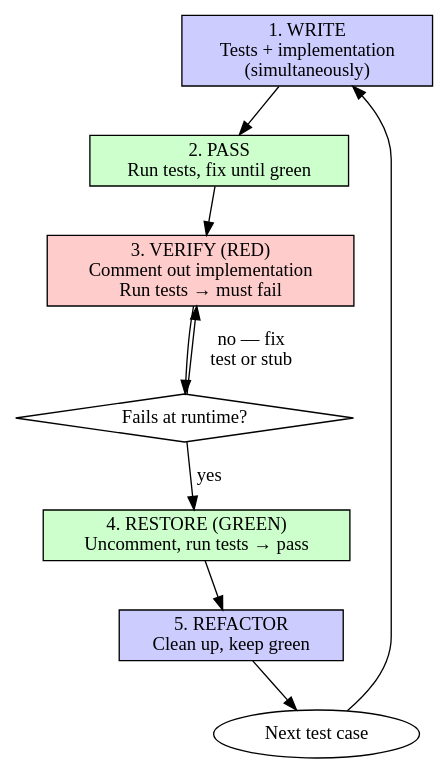
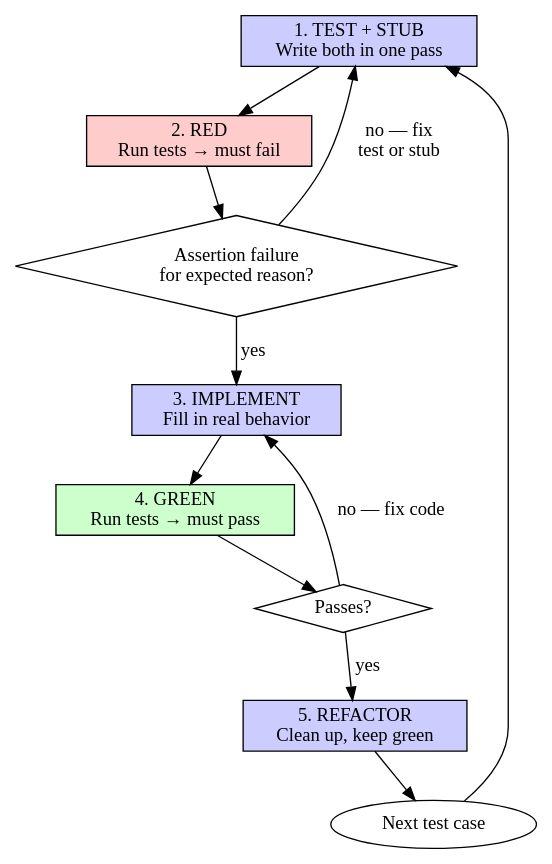
Before and after one commit to DavidNix/dotfiles: the first of 2 diagrams in skills/ai-tdd/SKILL.md, drawn with Graphviz. The commit also changed other lines of this file and 1 other file, not shown here.

````diff
--- a/skills/ai-tdd/SKILL.md
+++ b/skills/ai-tdd/SKILL.md
@@ -64,21 +64,24 @@
 ```dot
 digraph feature_mode {
     rankdir=TB;
-    write [label="1. WRITE\nTests + implementation\n(simultaneously)", shape=box, style=filled, fillcolor="#ccccff"];
-    pass [label="2. PASS\nRun tests, fix until green", shape=box, style=filled, fillcolor="#ccffcc"];
-    verify [label="3. VERIFY (RED)\nComment out implementation\nRun tests → must fail", shape=box, style=filled, fillcolor="#ffcccc"];
-    check [label="Fails at runtime?", shape=diamond];
-    restore [label="4. RESTORE (GREEN)\nUncomment, run tests → pass", shape=box, style=filled, fillcolor="#ccffcc"];
+    write [label="1. TEST + STUB\nWrite both in one pass", shape=box, style=filled, fillcolor="#ccccff"];
+    red [label="2. RED\nRun tests → must fail", shape=box, style=filled, fillcolor="#ffcccc"];
+    check_red [label="Assertion failure\nfor expected reason?", shape=diamond];
+    implement [label="3. IMPLEMENT\nFill in real behavior", shape=box, style=filled, fillcolor="#ccccff"];
+    green [label="4. GREEN\nRun tests → must pass", shape=box, style=filled, fillcolor="#ccffcc"];
+    check_green [label="Passes?", shape=diamond];
     refactor [label="5. REFACTOR\nClean up, keep green", shape=box, style=filled, fillcolor="#ccccff"];
     next [label="Next test case", shape=ellipse];
 
-    write -> pass;
-    pass -> verify;
-    verify -> check;
-    check -> restore [label="yes"];
-    check -> verify [label="no — fix\ntest or stub"];
-    restore -> refactor;
+    write -> red;
+    red -> check_red;
+    check_red -> implement [label="yes"];
+    check_red -> write [label="no — fix\ntest or stub"];
+    implement -> green;
+    green -> check_green;
+    check_green -> refactor [label="yes"];
+    check_green -> implement [label="no — fix code"];
     refactor -> next;
     next -> write;
 }
 ```
````
